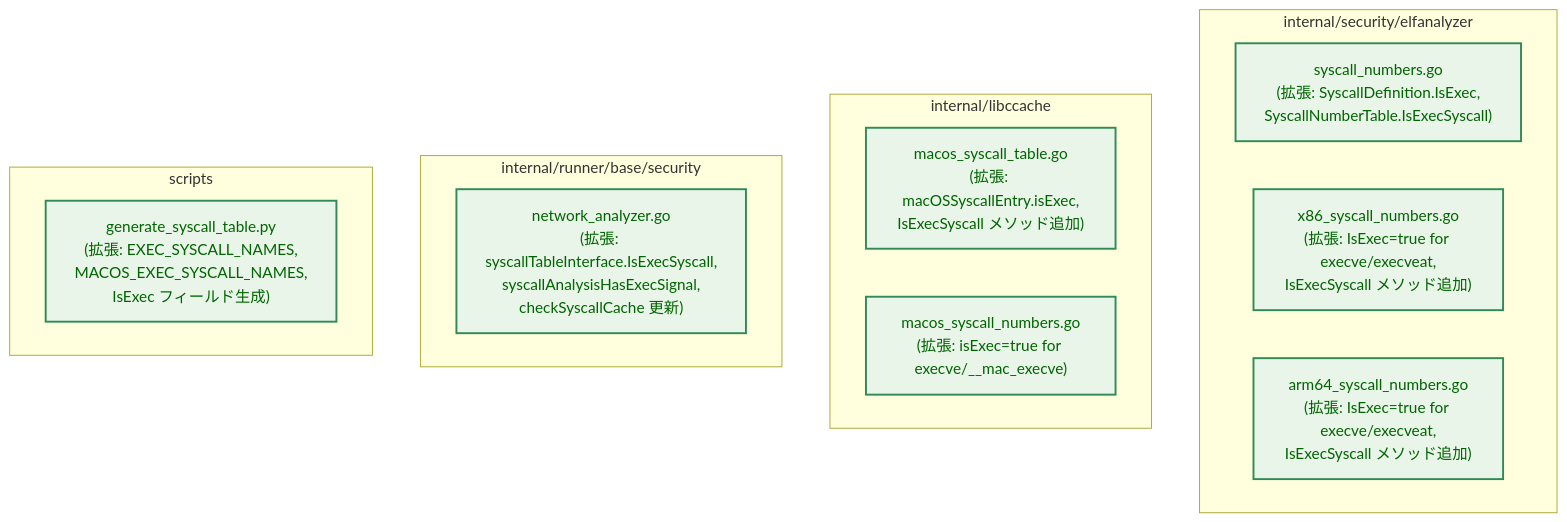
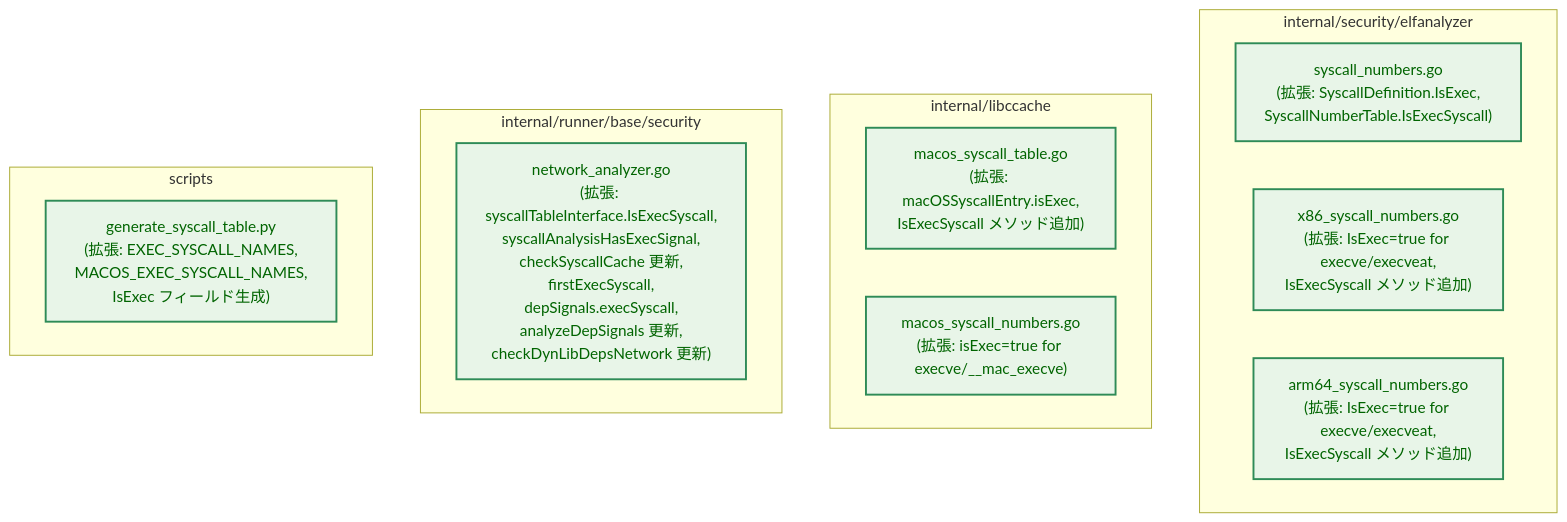
Before and after one commit to isseis/go-safe-cmd-runner: the third of 10 diagrams in docs/tasks/0128_exec_syscall_detection/02_architecture.md, drawn with Mermaid. The commit also changed other lines of this file and 3 other files, not shown here.

````diff
--- a/docs/tasks/0128_exec_syscall_detection/02_architecture.md
+++ b/docs/tasks/0128_exec_syscall_detection/02_architecture.md
@@ -57,26 +64,26 @@
 ```mermaid
 flowchart TD
     classDef existing fill:#fff1e6,stroke:#ff7f0e,stroke-width:1px,color:#8a3e00
     classDef enhanced fill:#e8f5e8,stroke:#2e8b57,stroke-width:2px,color:#006400
 
     subgraph "internal/security/elfanalyzer"
         A["syscall_numbers.go<br>(拡張: SyscallDefinition.IsExec,<br>SyscallNumberTable.IsExecSyscall)"]
         B["x86_syscall_numbers.go<br>(拡張: IsExec=true for execve/execveat,<br>IsExecSyscall メソッド追加)"]
         C["arm64_syscall_numbers.go<br>(拡張: IsExec=true for execve/execveat,<br>IsExecSyscall メソッド追加)"]
     end
 
     subgraph "internal/libccache"
         D["macos_syscall_table.go<br>(拡張: macOSSyscallEntry.isExec,<br>IsExecSyscall メソッド追加)"]
         E["macos_syscall_numbers.go<br>(拡張: isExec=true for execve/__mac_execve)"]
     end
 
     subgraph "internal/runner/base/security"
-        F["network_analyzer.go<br>(拡張: syscallTableInterface.IsExecSyscall,<br>syscallAnalysisHasExecSignal,<br>checkSyscallCache 更新)"]
+        F["network_analyzer.go<br>(拡張: syscallTableInterface.IsExecSyscall,<br>syscallAnalysisHasExecSignal,<br>checkSyscallCache 更新,<br>firstExecSyscall,<br>depSignals.execSyscall,<br>analyzeDepSignals 更新,<br>checkDynLibDepsNetwork 更新)"]
     end
 
     subgraph "scripts"
         G["generate_syscall_table.py<br>(拡張: EXEC_SYSCALL_NAMES,<br>MACOS_EXEC_SYSCALL_NAMES,<br>IsExec フィールド生成)"]
     end
 
     class A,B,C,D,E,F,G enhanced
 ```
````
